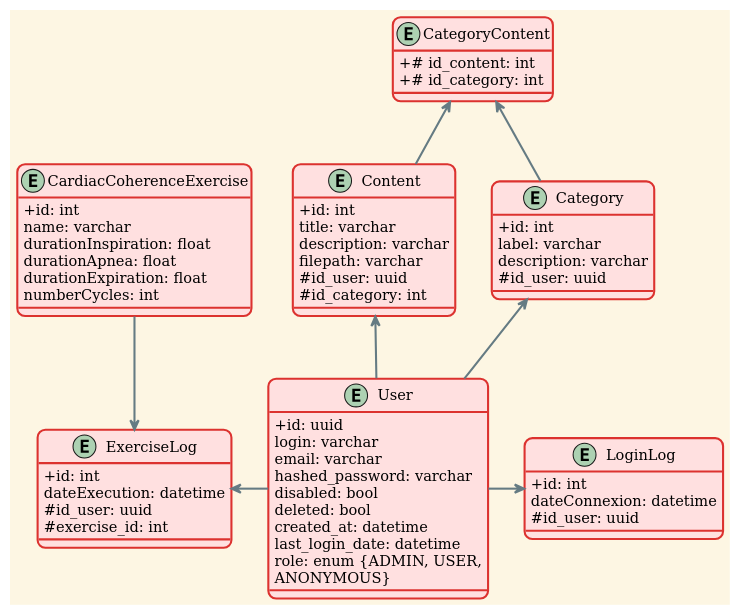
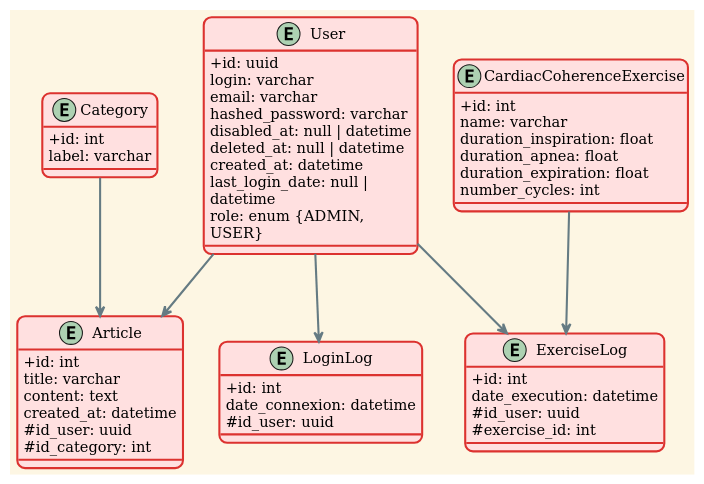
One commit to SNEAXIII/Cesi_Zen changed the diagram in Docs/diagrams/mpd.puml. Above: the diagram before and after it, drawn with PlantUML.

Commit message:
Update mpd

```diff
--- a/Docs/diagrams/mpd.puml
+++ b/Docs/diagrams/mpd.puml
@@ -1,66 +1,59 @@
 @startuml
 skinparam classAttributeIconSize 0
-'hide circle
-hide empty
 skinparam linetype polyline
 !theme sunlust
 
-entity Category {
-   + id: int
-   label: varchar
-   description: varchar
-   # id_user: uuid
-}
-entity Content {
-   + id: int
-   title: varchar
-   description: varchar
-   filepath: varchar
-   # id_user: uuid
-   # id_category: int
-}
-entity CategoryContent {
-    +# id_content: int
-    +# id_category: int
-}
-entity CardiacCoherenceExercise {
-   + id: int
-   name: varchar
-   durationInspiration: float
-   durationApnea: float
-   durationExpiration: float
-   numberCycles: int
-}
-entity LoginLog {
-   + id: int
-   dateConnexion: datetime
-   # id_user: uuid
-}
-entity ExerciseLog {
-   + id: int
-   dateExecution: datetime
-   # id_user: uuid
-   # exercise_id: int
-}
 entity User {
    + id: uuid
    login: varchar
    email: varchar
    hashed_password: varchar
-   disabled: bool
-   deleted: bool
+   disabled_at: null | datetime
+   deleted_at: null | datetime
    created_at: datetime
-   last_login_date: datetime
-   role: enum {ADMIN, USER, ANONYMOUS}
+   last_login_date: null | datetime
+   role: enum {ADMIN, USER}
 }
 
-Category -up-> CategoryContent
-Content -up-> CategoryContent
+entity Article {
+   + id: int
+   title: varchar
+   content: text
+   created_at: datetime
+   # id_user: uuid
+   # id_category: int
+}
 
-User -up-> Category
-User -up-> Content
+entity Category {
+   + id: int
+   label: varchar
+}
 
+entity LoginLog {
+   + id: int
+   date_connexion: datetime
+   # id_user: uuid
+}
+
+entity CardiacCoherenceExercise {
+   + id: int
+   name: varchar
+   duration_inspiration: float
+   duration_apnea: float
+   duration_expiration: float
+   number_cycles: int
+}
+
+entity ExerciseLog {
+   + id: int
+   date_execution: datetime
+   # id_user: uuid
+   # exercise_id: int
+}
+
+User -down-> Article
+User -down-> LoginLog
+User -down-> ExerciseLog
+Category -down-> Article
 CardiacCoherenceExercise -down-> ExerciseLog
-User -left-> ExerciseLog
-User -right-> LoginLog
 @enduml
```
